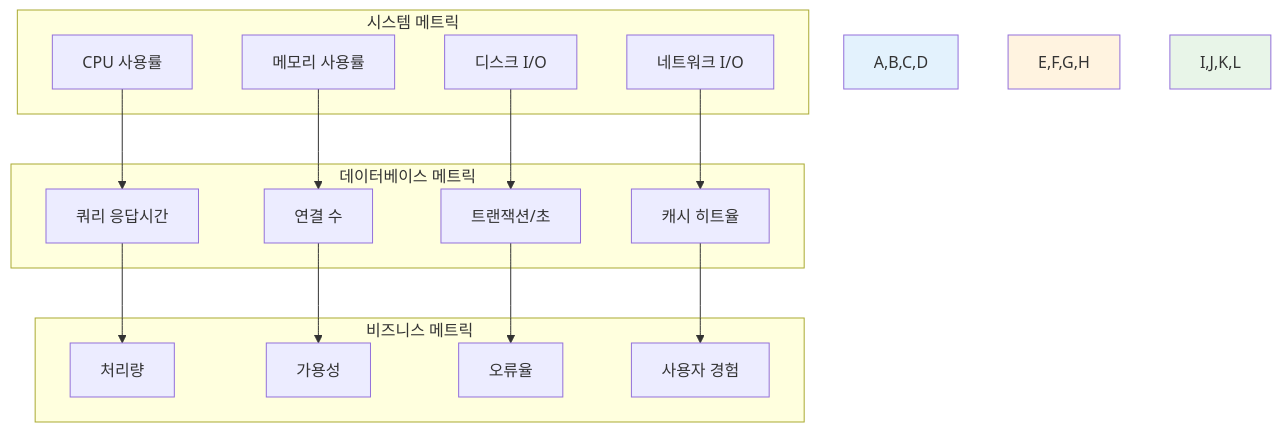
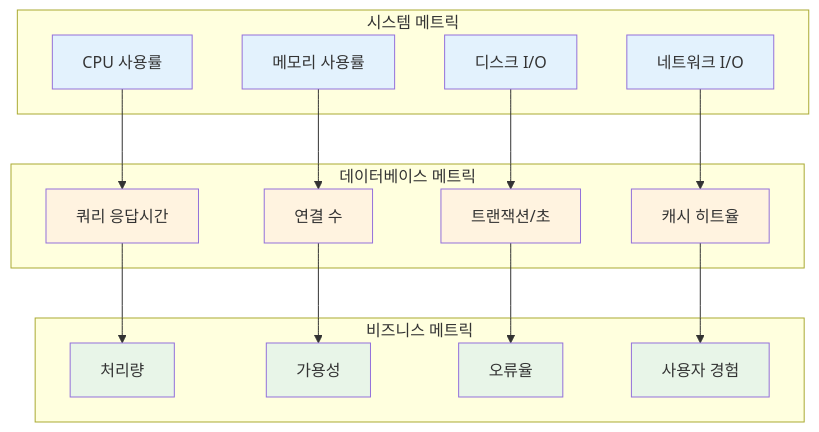
One commit to niceguy61/kdt_devops_lecture_2025 changed the second of 2 diagrams in theory/week_02/day2/session_3.md. Above: the diagram before and after it, drawn with Mermaid. The commit also changed 12 other files, not shown here.

Commit message:
mermaid 수정

````diff
--- a/theory/week_02/day2/session_3.md
+++ b/theory/week_02/day2/session_3.md
@@ -216,32 +216,41 @@
 ```mermaid
 graph TB
     subgraph "시스템 메트릭"
         A[CPU 사용률]
         B[메모리 사용률]
         C[디스크 I/O]
         D[네트워크 I/O]
     end
     
     subgraph "데이터베이스 메트릭"
         E[쿼리 응답시간]
         F[연결 수]
         G[트랜잭션/초]
         H[캐시 히트율]
     end
     
     subgraph "비즈니스 메트릭"
         I[처리량]
         J[가용성]
         K[오류율]
         L[사용자 경험]
     end
     
     A --> E --> I
     B --> F --> J
     C --> G --> K
     D --> H --> L
     
-    style A,B,C,D fill:#e3f2fd
-    style E,F,G,H fill:#fff3e0
-    style I,J,K,L fill:#e8f5e8
+    style A fill:#e3f2fd
+    style B fill:#e3f2fd
+    style C fill:#e3f2fd
+    style D fill:#e3f2fd
+    style E fill:#fff3e0
+    style F fill:#fff3e0
+    style G fill:#fff3e0
+    style H fill:#fff3e0
+    style I fill:#e8f5e8
+    style J fill:#e8f5e8
+    style K fill:#e8f5e8
+    style L fill:#e8f5e8
 ```
````
